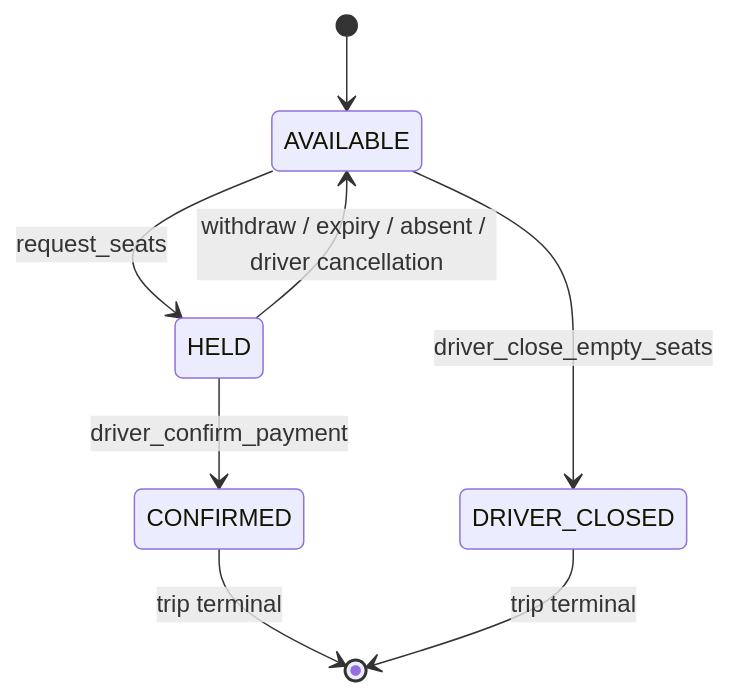
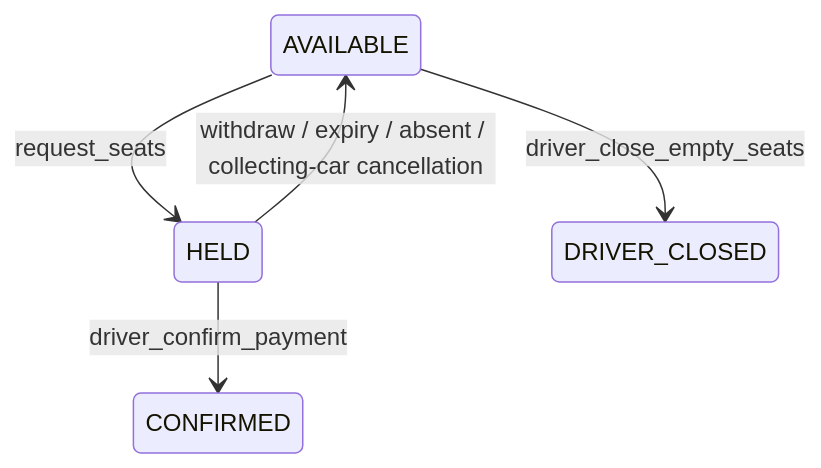
The fourth of 5 diagrams in docs/RAAHI_MASTER_ARCHITECTURE.md (rajeevbackup42112-coder/raahimini), drawn with Mermaid before and after one commit. The commit also changed other lines of this file, not shown here.

Commit message:
Consolidate Raahi canonical architecture

````diff
--- a/docs/RAAHI_MASTER_ARCHITECTURE.md
+++ b/docs/RAAHI_MASTER_ARCHITECTURE.md
@@ -185,10 +163,7 @@
 ```mermaid
 stateDiagram-v2
-    [*] --> AVAILABLE
     AVAILABLE --> HELD : request_seats
     HELD --> CONFIRMED : driver_confirm_payment
-    HELD --> AVAILABLE : withdraw / expiry / absent / driver cancellation
+    HELD --> AVAILABLE : withdraw / expiry / absent / collecting-car cancellation
     AVAILABLE --> DRIVER_CLOSED : driver_close_empty_seats
-    CONFIRMED --> [*] : trip terminal
-    DRIVER_CLOSED --> [*] : trip terminal
 ```
````
